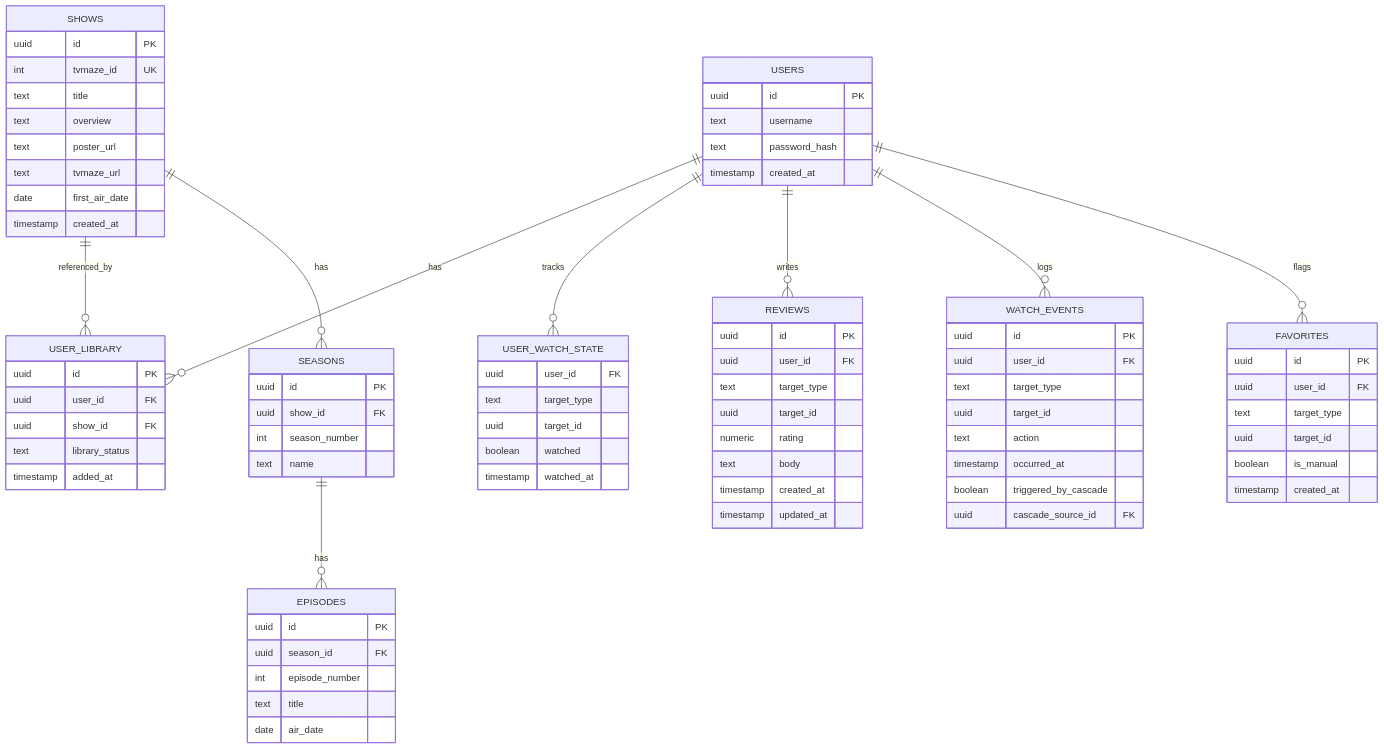
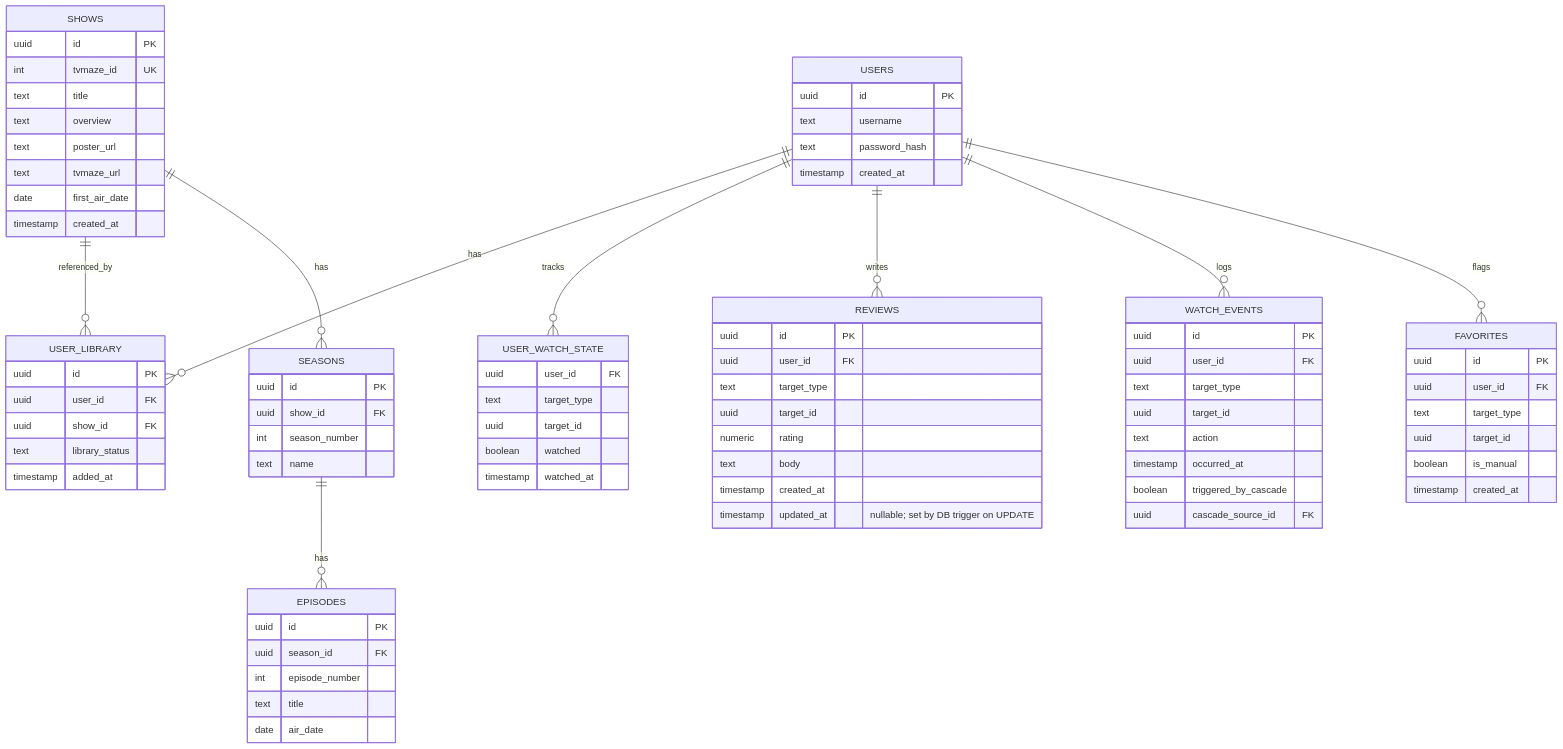
Before and after one commit to CaptainCluster/shogunate: the second of 4 diagrams in docs/ARCHITECTURE.md, drawn with Mermaid. The commit also changed other lines of this file and 24 other files, not shown here.

```diff
--- a/docs/ARCHITECTURE.md
+++ b/docs/ARCHITECTURE.md
@@ -178,7 +178,7 @@
         numeric rating
         text body
         timestamp created_at
-        timestamp updated_at
+        timestamp updated_at "nullable; set by DB trigger on UPDATE"
     }
     WATCH_EVENTS {
         uuid id PK
```
